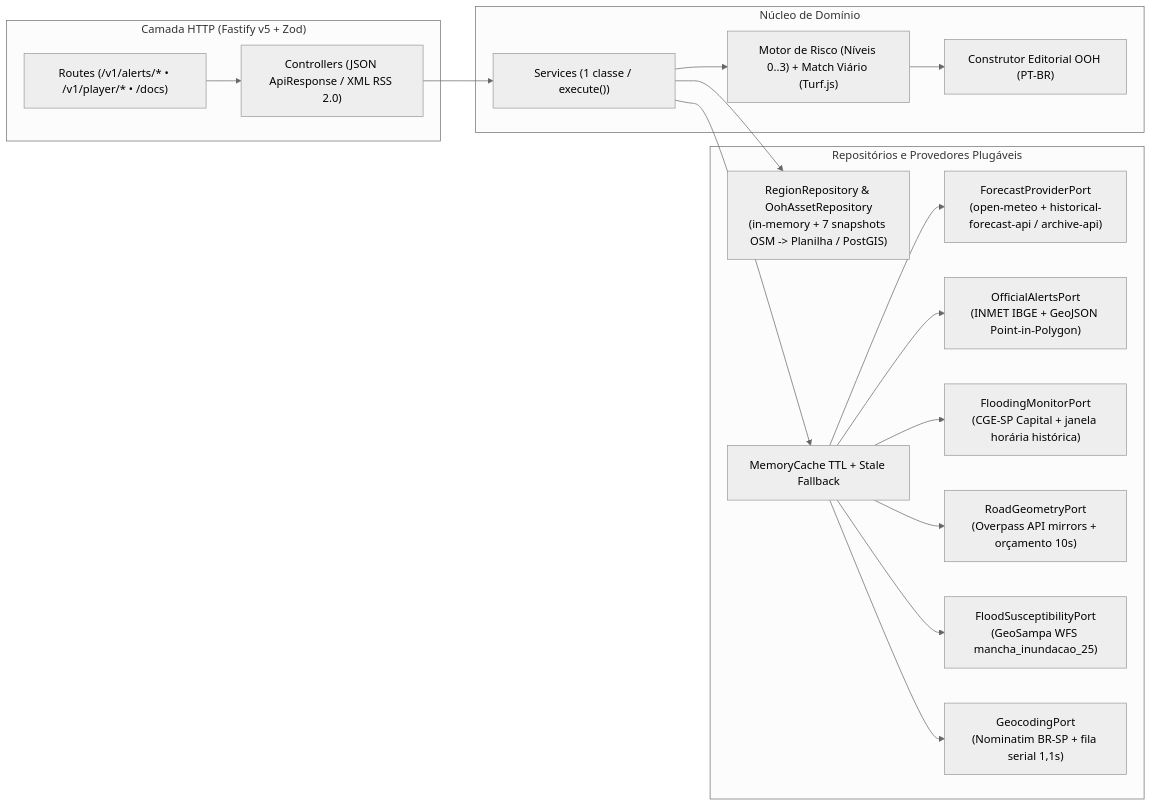
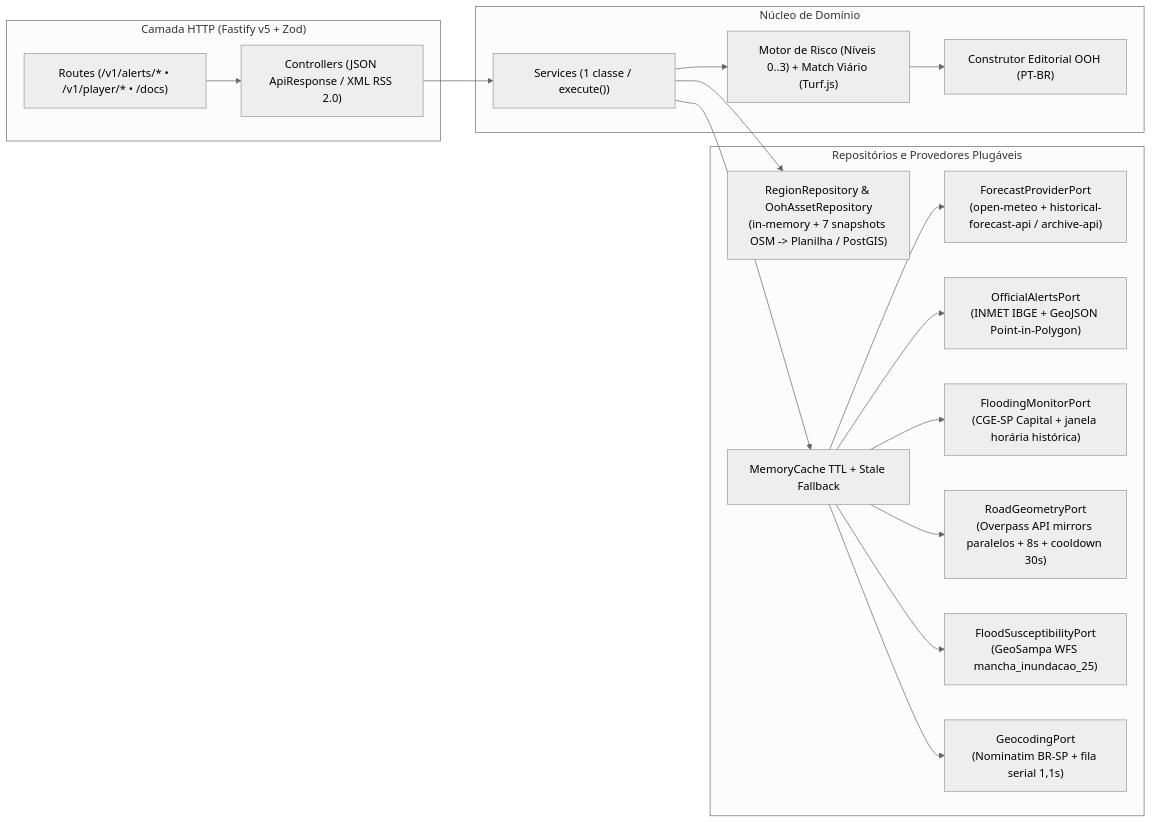
Before and after one commit to lanjosdev/ooh-alerta-alagamentos: the diagram in backend/docs/architecture.md, drawn with Mermaid (neutral theme). The commit also changed other lines of this file and 3 other files, not shown here.

Commit message:
docs(repo): sync PoC scope, backend architecture, API and frontend docs with final refinements

````diff
--- a/backend/docs/architecture.md
+++ b/backend/docs/architecture.md
@@ -9,35 +9,35 @@
 ```mermaid
 flowchart LR
     subgraph HTTP["Camada HTTP (Fastify v5 + Zod)"]
         R["Routes (/v1/alerts/* • /v1/player/* • /docs)"]
         C["Controllers (JSON ApiResponse / XML RSS 2.0)"]
     end
 
     subgraph Core["Núcleo de Domínio"]
         S["Services (1 classe / execute())"]
         RISK["Motor de Risco (Níveis 0..3) + Match Viário (Turf.js)"]
         MSG["Construtor Editorial OOH (PT-BR)"]
     end
 
     subgraph Infra["Repositórios e Provedores Plugáveis"]
         REPO["RegionRepository & OohAssetRepository<br/>(in-memory + 7 snapshots OSM -> Planilha / PostGIS)"]
         FP["ForecastProviderPort<br/>(open-meteo + historical-forecast-api / archive-api)"]
         AP["OfficialAlertsPort<br/>(INMET IBGE + GeoJSON Point-in-Polygon)"]
         FM["FloodingMonitorPort<br/>(CGE-SP Capital + janela horária histórica)"]
-        RG["RoadGeometryPort<br/>(Overpass API mirrors + orçamento 10s)"]
+        RG["RoadGeometryPort<br/>(Overpass API mirrors paralelos + 8s + cooldown 30s)"]
         FS["FloodSusceptibilityPort<br/>(GeoSampa WFS mancha_inundacao_25)"]
         GC["GeocodingPort<br/>(Nominatim BR-SP + fila serial 1,1s)"]
         CACHE["MemoryCache TTL + Stale Fallback"]
     end
 
     R --> C --> S
     S --> RISK --> MSG
     S --> REPO
     S --> CACHE
     CACHE --> FP
     CACHE --> AP
     CACHE --> FM
     CACHE --> RG
     CACHE --> FS
     CACHE --> GC
 ```
````
